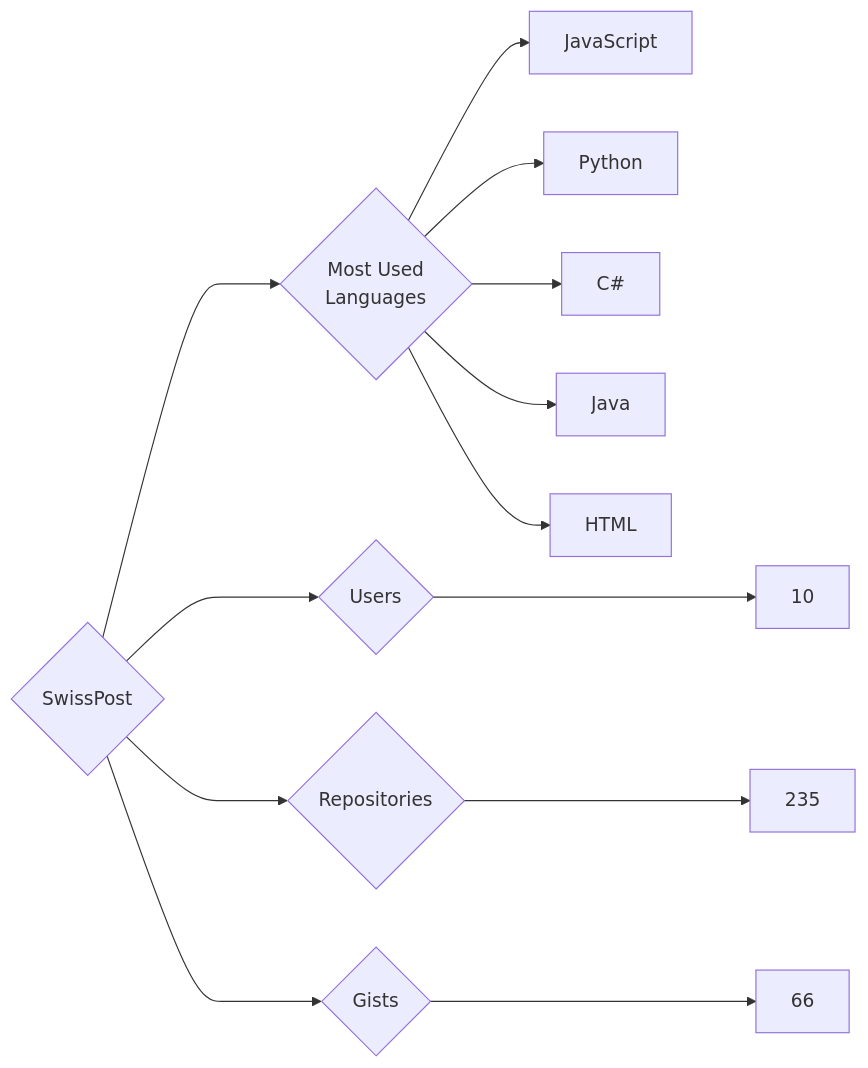
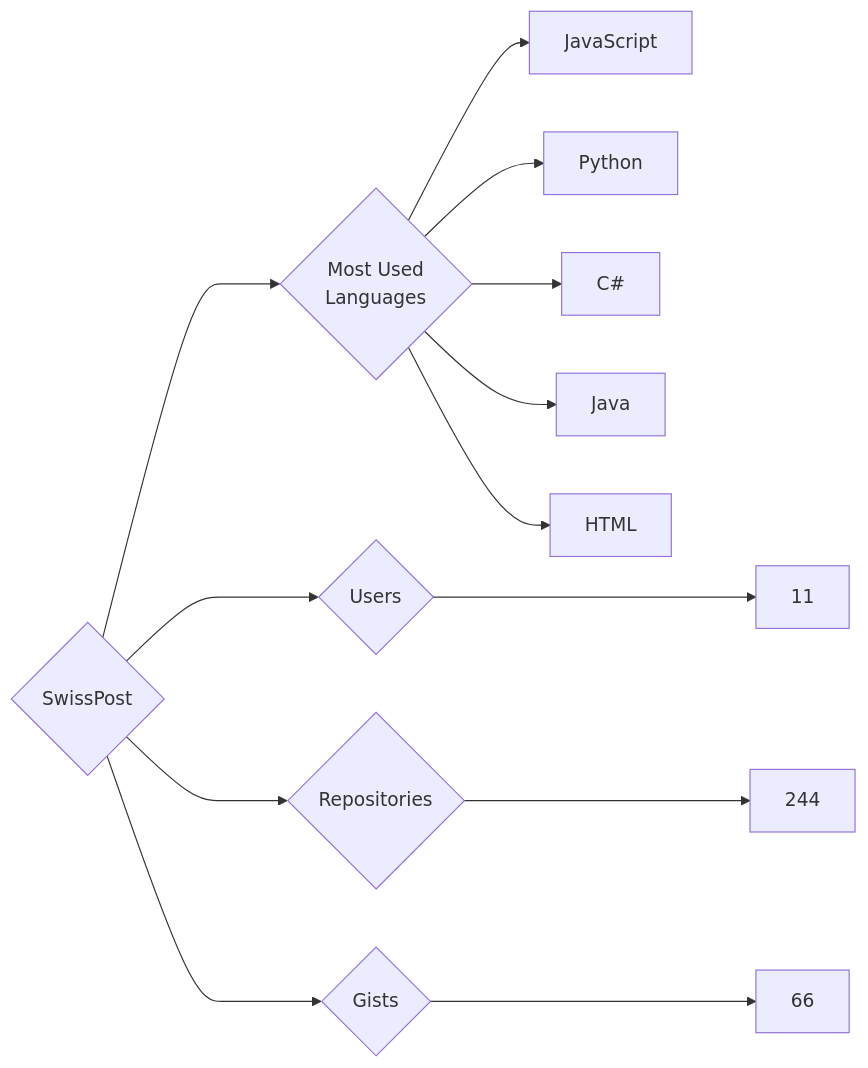
One commit to trickest/insiders changed the diagram in targets/SwissPost/README.md. Above: the diagram before and after it, drawn with Mermaid. The commit also changed 799 other files, not shown here.

````diff
--- a/targets/SwissPost/README.md
+++ b/targets/SwissPost/README.md
@@ -3,13 +3,13 @@
 ```mermaid
 graph LR
 COMPANY_NAME{SwissPost}
-COMPANY_NAME ---> U{Users} ---> UN[10]
-COMPANY_NAME ---> R{Repositories} ---> RN[235]
+COMPANY_NAME ---> U{Users} ---> UN[11]
+COMPANY_NAME ---> R{Repositories} ---> RN[244]
 COMPANY_NAME ---> G{Gists} ---> GN[66]
 COMPANY_NAME ---> ML{Most Used<br>Languages}
 ML --> JavaScript[JavaScript]
 ML --> Python[Python]
 ML --> C#[C#]
 ML --> Java[Java]
 ML --> HTML[HTML]
 ```
````
